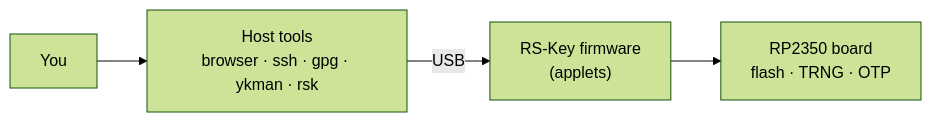
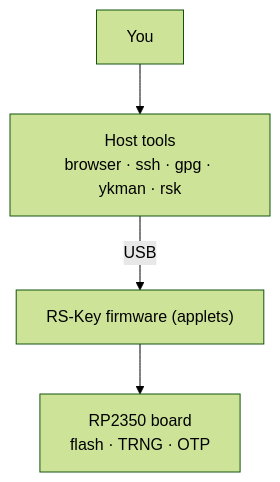
Before and after one commit to librekeys/RS-Key: the diagram in docs/index.md, drawn with Mermaid (forest theme). The commit also changed 7 other files, not shown here.

First line of the commit message:
docs: make the Mermaid diagrams readable on the site

````diff
--- a/docs/index.md
+++ b/docs/index.md
@@ -21,6 +21,6 @@
 ```mermaid
-flowchart LR
-    user[You] --> tools["Host tools<br/>browser · ssh · gpg · ykman · rsk"]
-    tools -->|USB| dev["RS-Key firmware<br/>(applets)"]
+flowchart TD
+    user["You"] --> tools["Host tools<br/>browser · ssh · gpg · ykman · rsk"]
+    tools -->|USB| dev["RS-Key firmware (applets)"]
     dev --> hw["RP2350 board<br/>flash · TRNG · OTP"]
 ```
````
